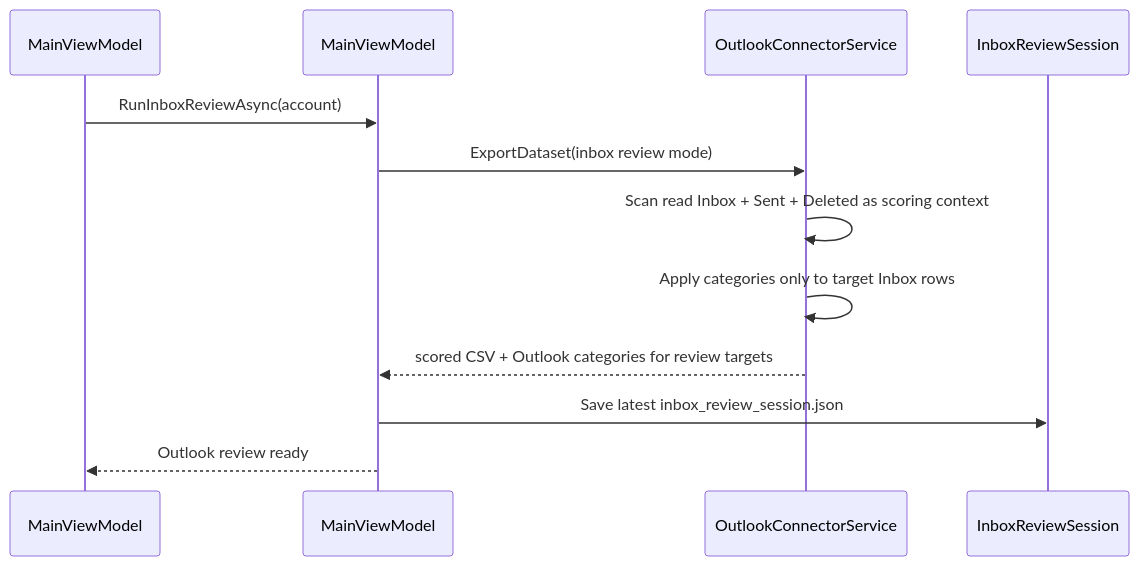
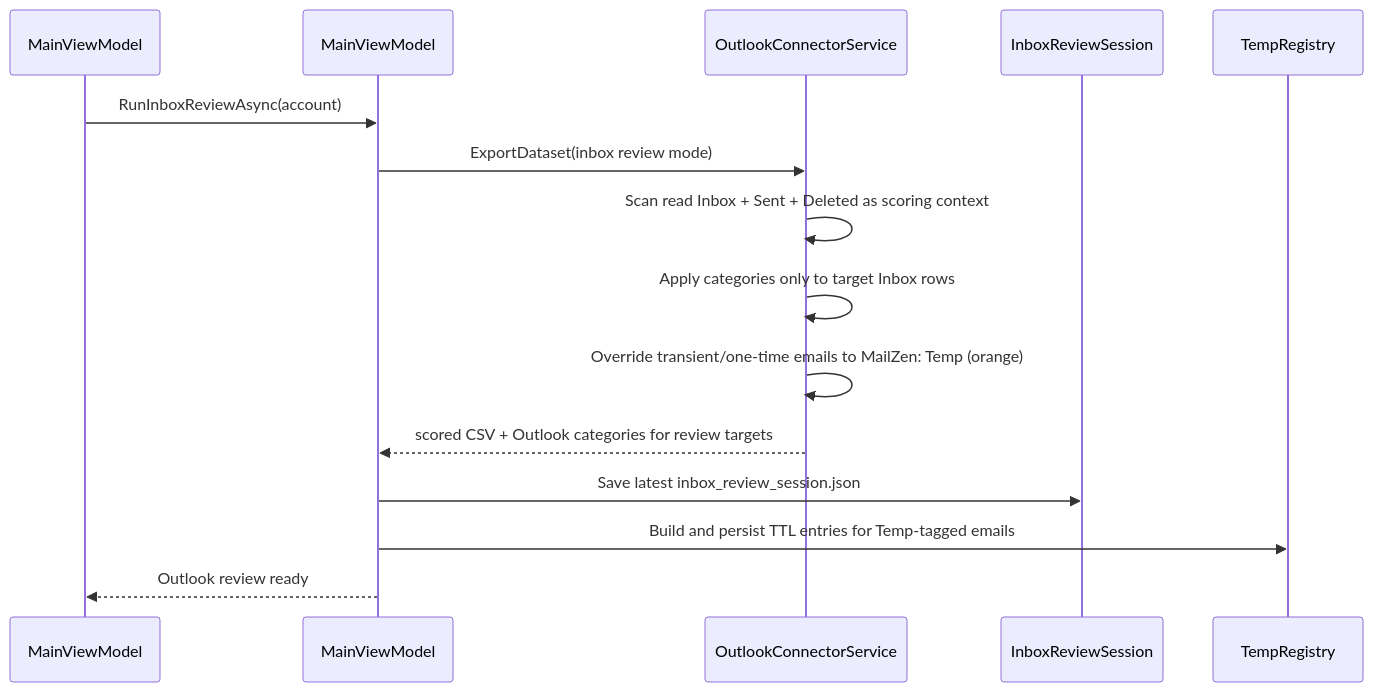
One commit to kbdarius/MailZen changed the fourth of 6 diagrams in Docs/MailZen_Architecture_and_User_Manual.md. Above: the diagram before and after it, drawn with Mermaid. The commit also changed other lines of this file and 8 other files, not shown here.

First line of the commit message:
Add MailZen: Temp TTL category for short-lived emails (v1.4.0)

````diff
--- a/Docs/MailZen_Architecture_and_User_Manual.md
+++ b/Docs/MailZen_Architecture_and_User_Manual.md
@@ -169,15 +171,17 @@
 ```mermaid
 sequenceDiagram
     participant UI as MainViewModel
     participant VM as MainViewModel
     participant OCS as OutlookConnectorService
     participant S as InboxReviewSession
 
     UI->>VM: RunInboxReviewAsync(account)
     VM->>OCS: ExportDataset(inbox review mode)
     OCS->>OCS: Scan read Inbox + Sent + Deleted as scoring context
     OCS->>OCS: Apply categories only to target Inbox rows
+    OCS->>OCS: Override transient/one-time emails to MailZen: Temp (orange)
     OCS-->>VM: scored CSV + Outlook categories for review targets
     VM->>S: Save latest inbox_review_session.json
+    VM->>TempRegistry: Build and persist TTL entries for Temp-tagged emails
     VM-->>UI: Outlook review ready
 ```
````
